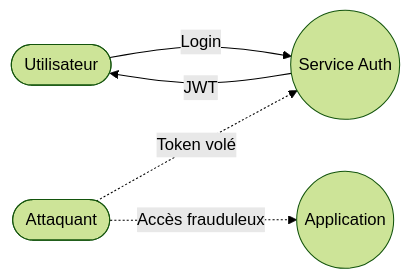
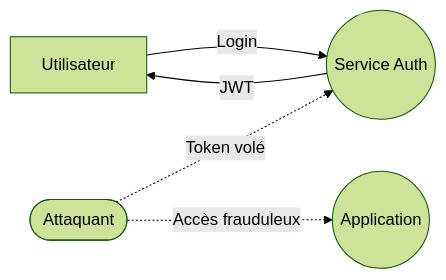
The second of 2 diagrams in _notes/stride/menaces/stride-spoofing.md (ophenix-maisonneuve/420-950-ma-site-web), drawn with Mermaid (forest theme) before and after one commit. The commit also changed other lines of this file and 4 other files, not shown here.

````diff
--- a/_notes/stride/menaces/stride-spoofing.md
+++ b/_notes/stride/menaces/stride-spoofing.md
@@ -125,8 +125,8 @@
 ```mermaid
 flowchart LR
-    User([Utilisateur]) -->|Login| AuthService((Service Auth))
+    User[Utilisateur] -->|Login| AuthService((Service Auth))
     AuthService -->|JWT| User
 
     Attacker([Attaquant]) -. Token volé .-> AuthService
     Attacker -. Accès frauduleux .-> WebApp((Application))
 ```
````
